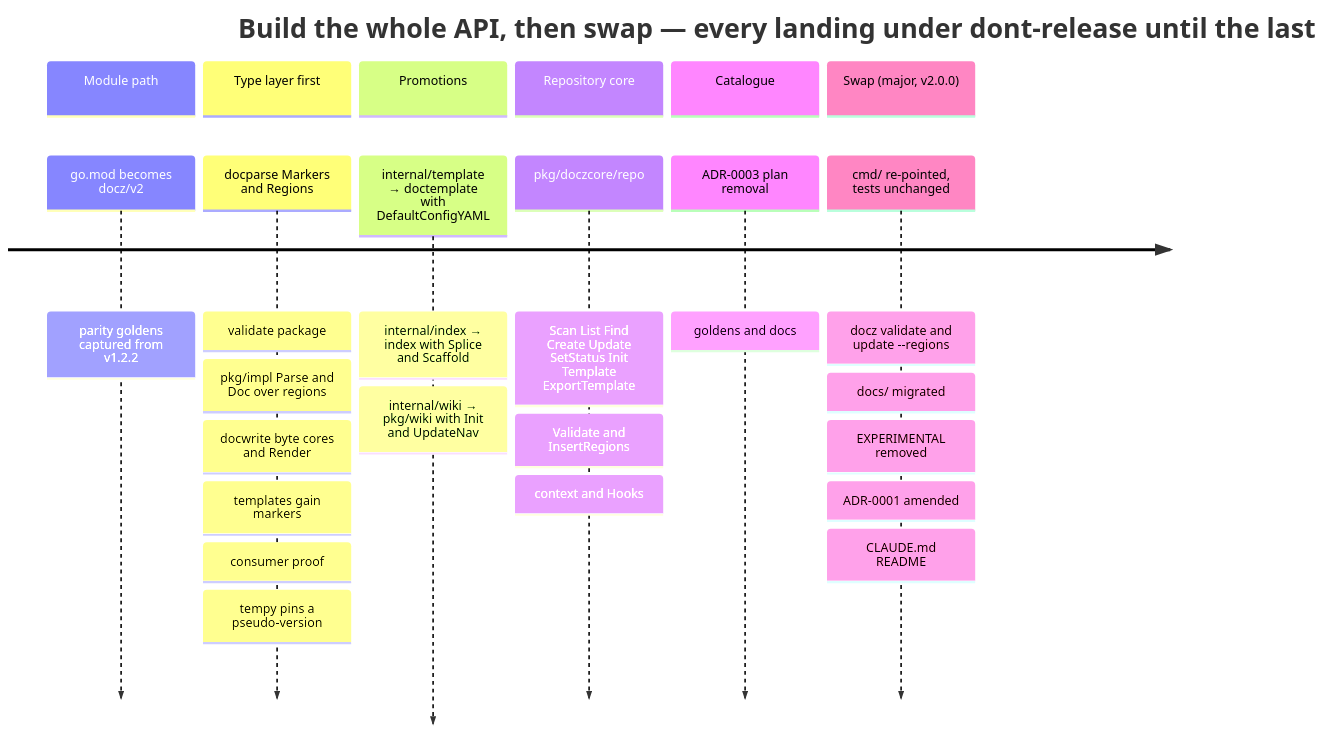
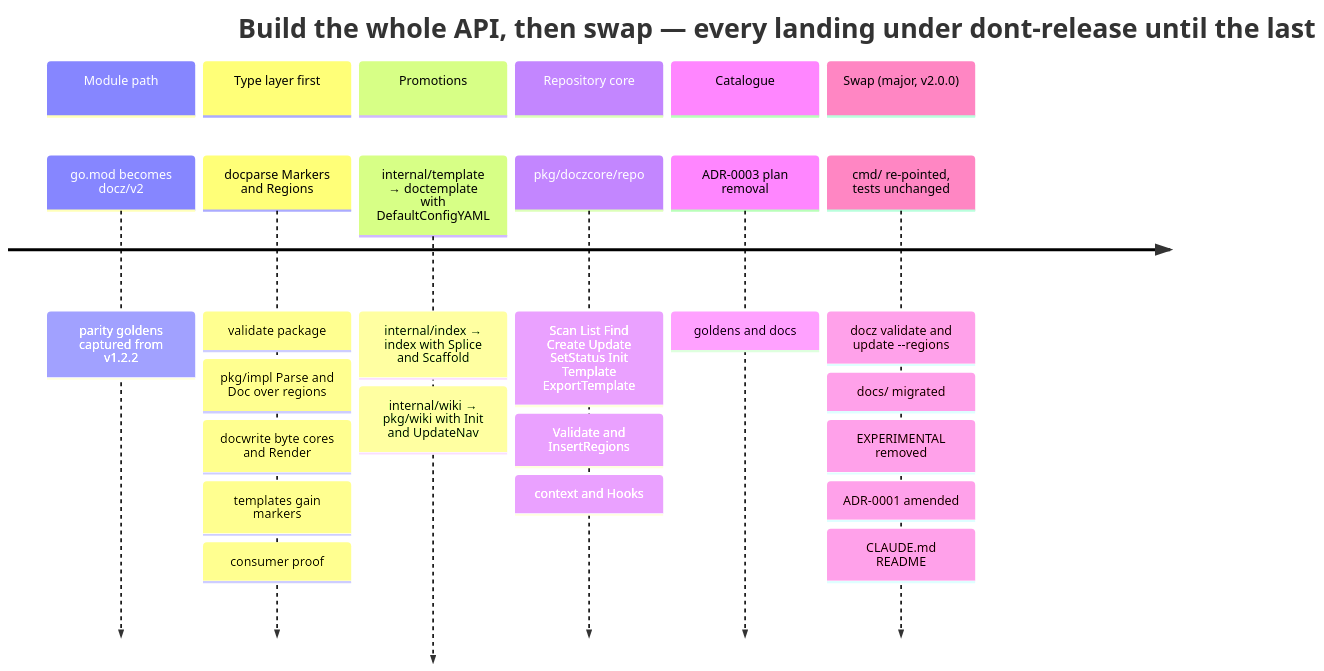
One commit to donaldgifford/docz changed diagram 14 of 15 in docs/design/0014-the-docz-api-as-one-unit-packages-types-functions-and-the-cmd.md. Above: the diagram before and after it, drawn with Mermaid. The commit also changed other lines of this file and 2 other files, not shown here.

First line of the commit message:
docs: the API is step one and the CLI migration is its validation; no external consumer is in scope

````diff
--- a/docs/design/0014-the-docz-api-as-one-unit-packages-types-functions-and-the-cmd.md
+++ b/docs/design/0014-the-docz-api-as-one-unit-packages-types-functions-and-the-cmd.md
@@ -1352,16 +1357,16 @@
 ```mermaid
 timeline
   title Build the whole API, then swap — every landing under dont-release until the last
   section Module path
     go.mod becomes docz/v2 : parity goldens captured from v1.2.2
   section Type layer first
-    docparse Markers and Regions : validate package : pkg/impl Parse and Doc over regions : docwrite byte cores and Render : templates gain markers : consumer proof : tempy pins a pseudo-version
+    docparse Markers and Regions : validate package : pkg/impl Parse and Doc over regions : docwrite byte cores and Render : templates gain markers : consumer proof
   section Promotions
     internal/template → doctemplate with DefaultConfigYAML : internal/index → index with Splice and Scaffold : internal/wiki → pkg/wiki with Init and UpdateNav
   section Repository core
     pkg/doczcore/repo : Scan List Find Create Update SetStatus Init Template ExportTemplate : Validate and InsertRegions : context and Hooks
   section Catalogue
     ADR-0003 plan removal : goldens and docs
   section Swap (major, v2.0.0)
     cmd/ re-pointed, tests unchanged : docz validate and update --regions : docs/ migrated : EXPERIMENTAL removed : ADR-0001 amended : CLAUDE.md README
 ```
````
